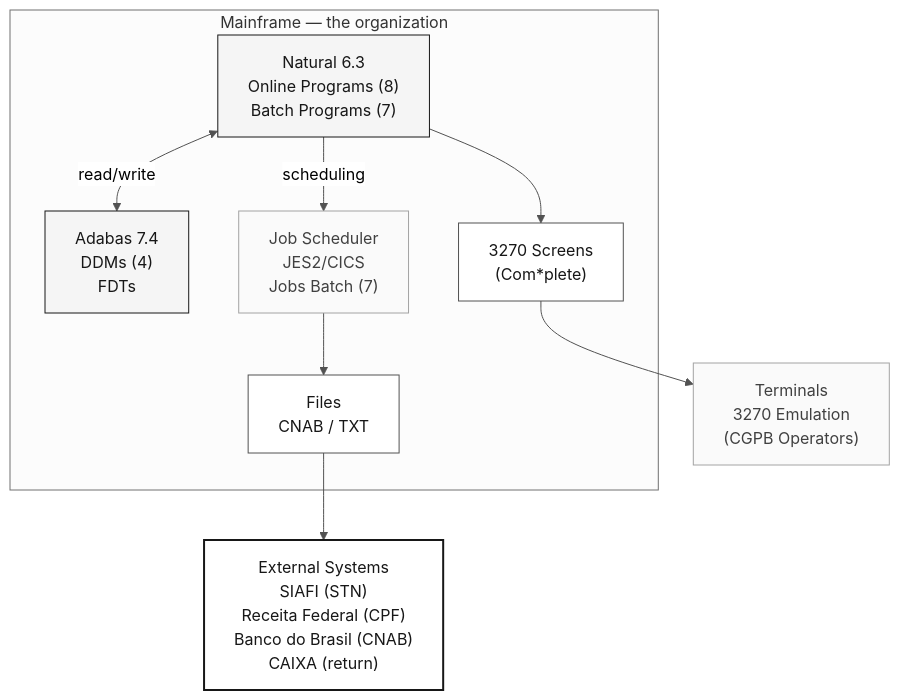
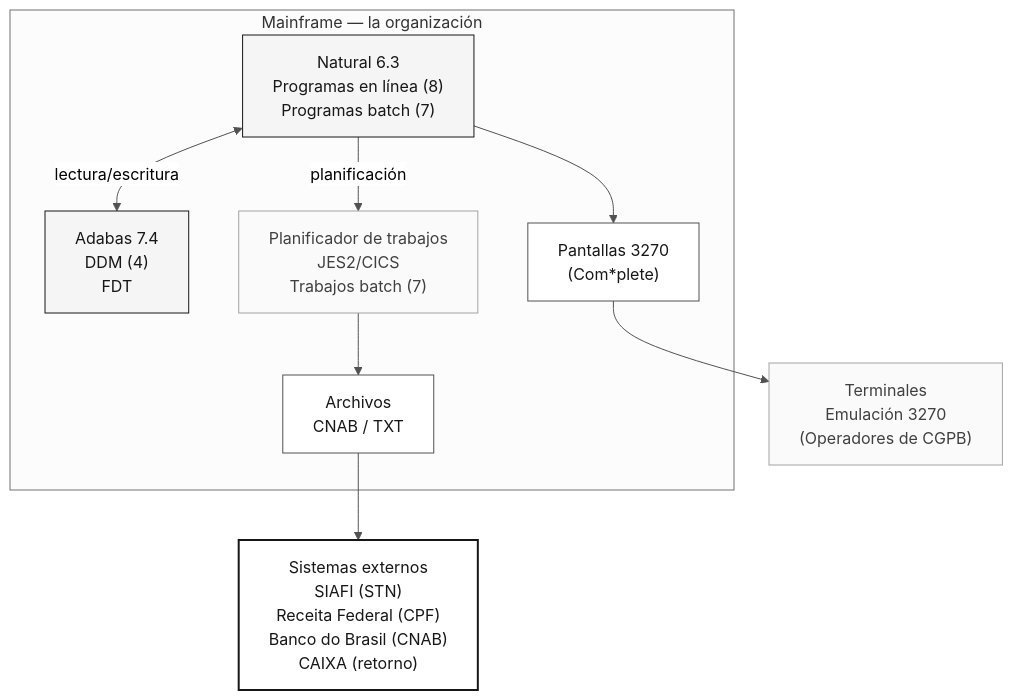
Before and after one commit to paulasilvatech/datacorp-sifap-team-kit-pt-br: the diagram in 01-archaeology/legacy-sifap/README.md, drawn with Mermaid. The commit also changed other lines of this file and 386 other files, not shown here.

````diff
--- a/01-archaeology/legacy-sifap/README.md
+++ b/01-archaeology/legacy-sifap/README.md
@@ -95,21 +95,21 @@
 ```mermaid
 %%{init: {'theme':'neutral','themeVariables':{'fontFamily':'ui-sans-serif, system-ui, sans-serif','primaryColor':'#F5F5F5','primaryTextColor':'#171717','primaryBorderColor':'#171717','lineColor':'#525252','secondaryColor':'#FFFFFF','tertiaryColor':'#FAFAFA','background':'#FFFFFF'}}}%%
 flowchart TB
     classDef step fill:#F5F5F5,stroke:#171717,color:#171717
     classDef alt fill:#FFFFFF,stroke:#525252,color:#171717
     classDef muted fill:#FAFAFA,stroke:#A3A3A3,color:#404040
     classDef result fill:#FFFFFF,stroke:#171717,color:#171717,stroke-width:2px
 
-    subgraph MF["Mainframe — the organization"]
-        NAT["Natural 6.3<br/>Online Programs (8)<br/>Batch Programs (7)"]:::step
-        ADA["Adabas 7.4<br/>DDMs (4)<br/>FDTs"]:::step
-        JES["Job Scheduler<br/>JES2/CICS<br/>Jobs Batch (7)"]:::muted
-        NAT <-->|"read/write"| ADA
-        NAT -->|"scheduling"| JES
-        NAT --> T3270["3270 Screens<br/>(Com*plete)"]:::alt
-        JES --> ARQ["Files<br/>CNAB / TXT"]:::alt
+    subgraph MF["Mainframe — la organización"]
+        NAT["Natural 6.3<br/>Programas en línea (8)<br/>Programas batch (7)"]:::step
+        ADA["Adabas 7.4<br/>DDM (4)<br/>FDT"]:::step
+        JES["Planificador de trabajos<br/>JES2/CICS<br/>Trabajos batch (7)"]:::muted
+        NAT <-->|"lectura/escritura"| ADA
+        NAT -->|"planificación"| JES
+        NAT --> T3270["Pantallas 3270<br/>(Com*plete)"]:::alt
+        JES --> ARQ["Archivos<br/>CNAB / TXT"]:::alt
     end
 
-    T3270 --> OP["Terminals<br/>3270 Emulation<br/>(CGPB Operators)"]:::muted
-    ARQ --> EXT["External Systems<br/>SIAFI (STN)<br/>Receita Federal (CPF)<br/>Banco do Brasil (CNAB)<br/>CAIXA (return)"]:::result
+    T3270 --> OP["Terminales<br/>Emulación 3270<br/>(Operadores de CGPB)"]:::muted
+    ARQ --> EXT["Sistemas externos<br/>SIAFI (STN)<br/>Receita Federal (CPF)<br/>Banco do Brasil (CNAB)<br/>CAIXA (retorno)"]:::result
 ```
````
